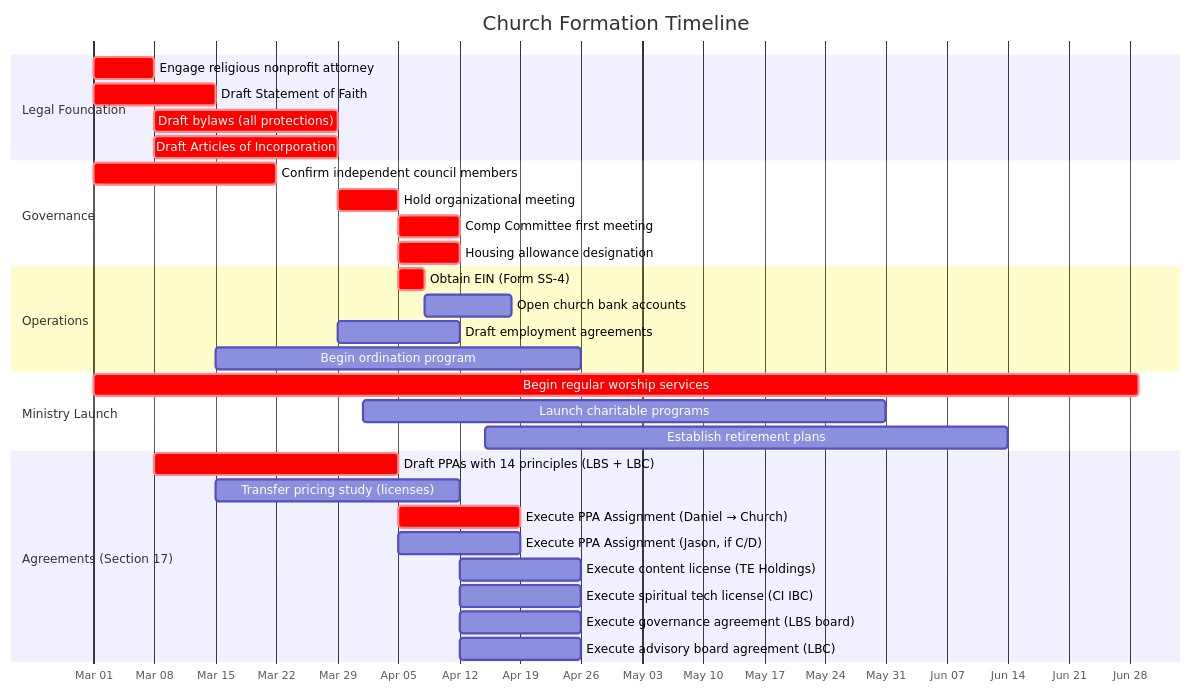
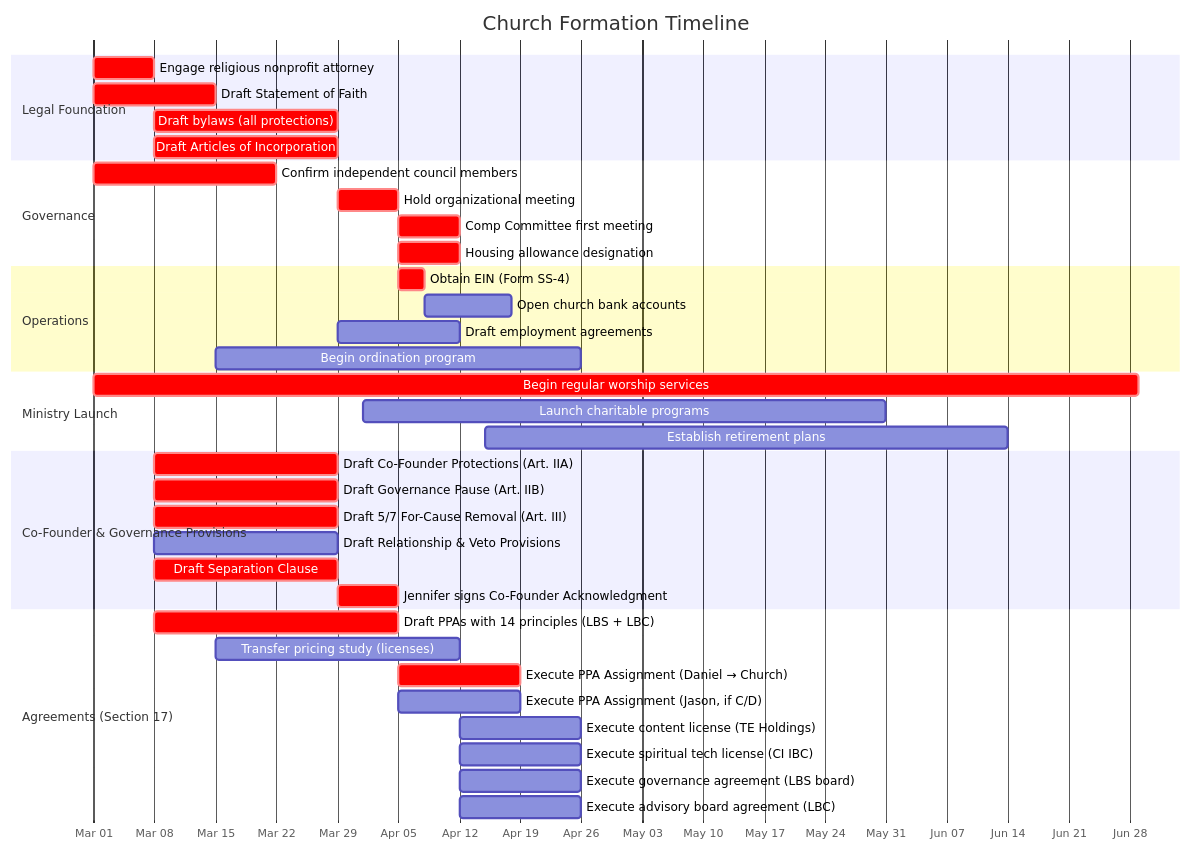
Before and after one commit to Light-Brands/epic-center: diagram 19 of 19 in docs/tax-structure/11-CHURCH-GOVERNANCE-STRUCTURE.md, drawn with Mermaid. The commit also changed other lines of this file, not shown here.

First line of the commit message:
Add co-founder protections, governance pause, 5/7 for-cause removal, relationship rules

````diff
--- a/docs/tax-structure/11-CHURCH-GOVERNANCE-STRUCTURE.md
+++ b/docs/tax-structure/11-CHURCH-GOVERNANCE-STRUCTURE.md
@@ -1327,39 +1667,47 @@
 ```mermaid
 gantt
     title Church Formation Timeline
     dateFormat YYYY-MM-DD
     axisFormat %b %d
 
     section Legal Foundation
     Engage religious nonprofit attorney       :crit, a1, 2026-03-01, 7d
     Draft Statement of Faith                  :crit, a2, 2026-03-01, 14d
     Draft bylaws (all protections)            :crit, a4, 2026-03-08, 21d
     Draft Articles of Incorporation           :crit, a5, 2026-03-08, 21d
 
     section Governance
     Confirm independent council members       :crit, a3, 2026-03-01, 21d
     Hold organizational meeting               :crit, a6, 2026-03-29, 7d
     Comp Committee first meeting              :crit, a9, 2026-04-05, 7d
     Housing allowance designation             :crit, a10, 2026-04-05, 7d
 
     section Operations
     Obtain EIN (Form SS-4)                    :crit, a7, 2026-04-05, 3d
     Open church bank accounts                 :a8, 2026-04-08, 10d
     Draft employment agreements               :a14, 2026-03-29, 14d
     Begin ordination program                  :a11, 2026-03-15, 42d
 
     section Ministry Launch
     Begin regular worship services            :crit, a16, 2026-03-01, 120d
     Launch charitable programs                :a17, 2026-04-01, 60d
     Establish retirement plans                :a15, 2026-04-15, 60d
 
+    section Co-Founder & Governance Provisions
+    Draft Co-Founder Protections (Art. IIA)     :crit, a26, 2026-03-08, 21d
+    Draft Governance Pause (Art. IIB)           :crit, a27, 2026-03-08, 21d
+    Draft 5/7 For-Cause Removal (Art. III)      :crit, a28, 2026-03-08, 21d
+    Draft Relationship & Veto Provisions        :a29, 2026-03-08, 21d
+    Draft Separation Clause                     :crit, a31, 2026-03-08, 21d
+    Jennifer signs Co-Founder Acknowledgment    :crit, a32, 2026-03-29, 7d
+
     section Agreements (Section 17)
     Draft PPAs with 14 principles (LBS + LBC)  :crit, a19, 2026-03-08, 28d
     Transfer pricing study (licenses)           :a24, 2026-03-15, 28d
     Execute PPA Assignment (Daniel → Church)    :crit, a12, 2026-04-05, 14d
     Execute PPA Assignment (Jason, if C/D)      :a13, 2026-04-05, 14d
     Execute content license (TE Holdings)       :a20, 2026-04-12, 14d
     Execute spiritual tech license (CI IBC)     :a21, 2026-04-12, 14d
     Execute governance agreement (LBS board)    :a22, 2026-04-12, 14d
     Execute advisory board agreement (LBC)      :a23, 2026-04-12, 14d
 ```
````
